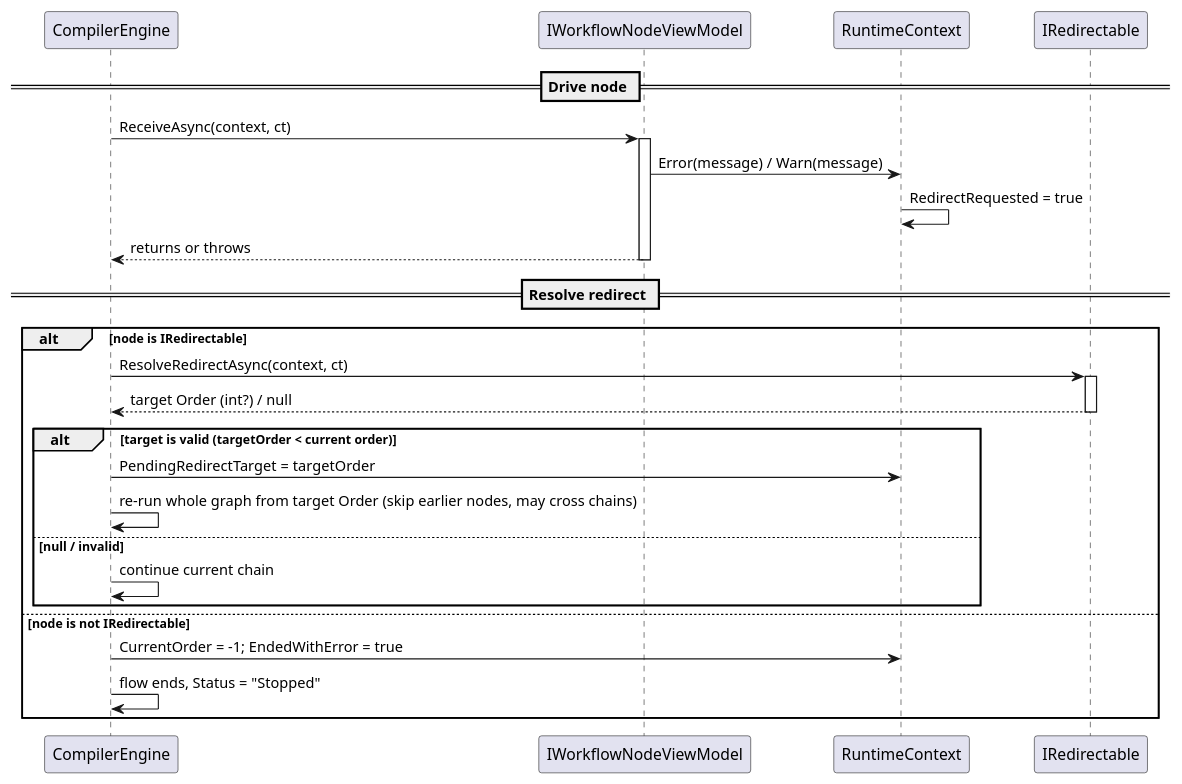
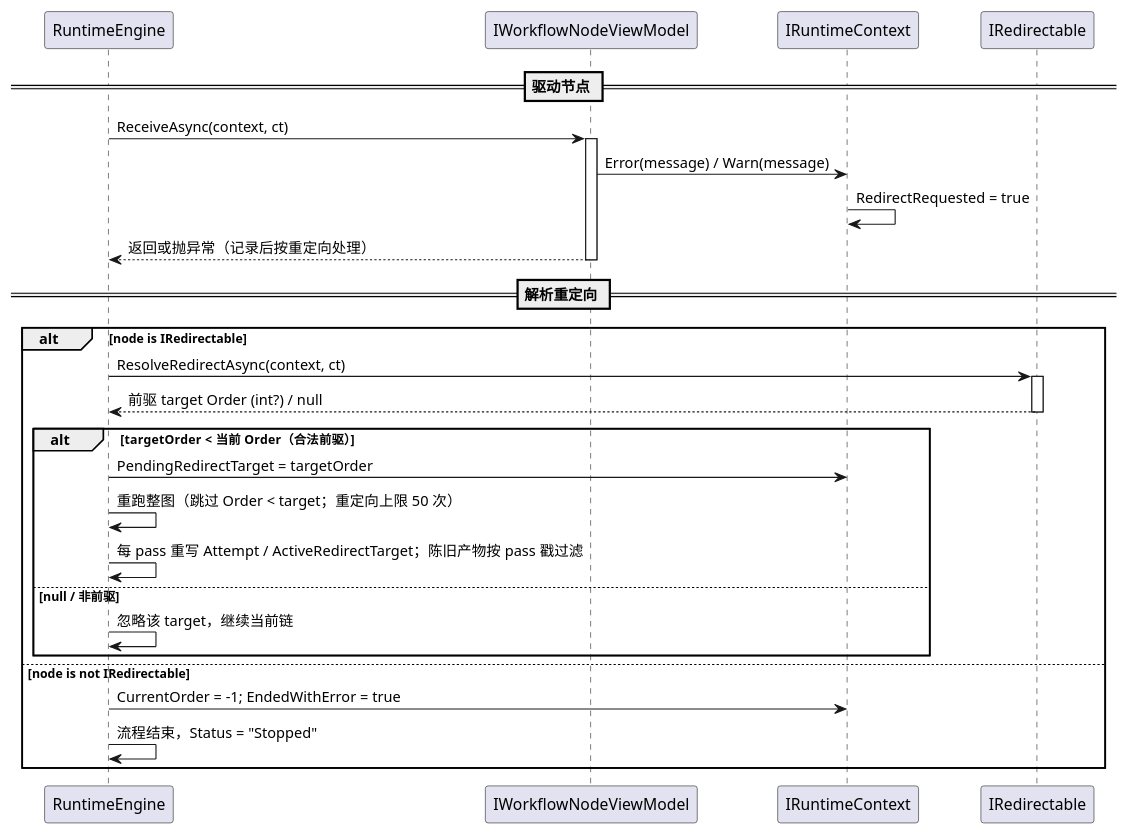
The sixth of 8 diagrams in src/CloudGlyph/Assets/Docs/content/zh/3_SE分析/03_数据流分析/00_工作流系统/index.md (Axvser/VeloxDev.Docs), drawn with PlantUML before and after one commit. The commit also changed other lines of this file and 443 other files, not shown here.

````diff
--- a/src/CloudGlyph/Assets/Docs/content/zh/3_SE分析/03_数据流分析/00_工作流系统/index.md
+++ b/src/CloudGlyph/Assets/Docs/content/zh/3_SE分析/03_数据流分析/00_工作流系统/index.md
@@ -177,33 +237,34 @@
 ```plantuml
 @startuml
-participant "CompilerEngine" as Engine
+participant "RuntimeEngine" as Engine
 participant "IWorkflowNodeViewModel" as Node
-participant "RuntimeContext" as Context
+participant "IRuntimeContext" as Ctx
 participant "IRedirectable" as Redirectable
 
-    == Drive node ==
+    == 驱动节点 ==
     Engine -> Node: ReceiveAsync(context, ct)
     activate Node
-    Node -> Context: Error(message) / Warn(message)
-    Context -> Context: RedirectRequested = true
-    Node --> Engine: returns or throws
+    Node -> Ctx: Error(message) / Warn(message)
+    Ctx -> Ctx: RedirectRequested = true
+    Node --> Engine: 返回或抛异常（记录后按重定向处理）
     deactivate Node
 
-    == Resolve redirect ==
+    == 解析重定向 ==
     alt node is IRedirectable
         Engine -> Redirectable: ResolveRedirectAsync(context, ct)
         activate Redirectable
-        Redirectable --> Engine: target Order (int?) / null
+        Redirectable --> Engine: 前驱 target Order (int?) / null
         deactivate Redirectable
-        alt target is valid (targetOrder < current order)
-            Engine -> Context: PendingRedirectTarget = targetOrder
-            Engine -> Engine: re-run whole graph from target Order (skip earlier nodes, may cross chains)
-        else null / invalid
-            Engine -> Engine: continue current chain
+        alt targetOrder < 当前 Order（合法前驱）
+            Engine -> Ctx: PendingRedirectTarget = targetOrder
+            Engine -> Engine: 重跑整图（跳过 Order < target；重定向上限 50 次）
+            Engine -> Engine: 每 pass 重写 Attempt / ActiveRedirectTarget；陈旧产物按 pass 戳过滤
+        else null / 非前驱
+            Engine -> Engine: 忽略该 target，继续当前链
         end
     else node is not IRedirectable
-        Engine -> Context: CurrentOrder = -1; EndedWithError = true
-        Engine -> Engine: flow ends, Status = "Stopped"
+        Engine -> Ctx: CurrentOrder = -1; EndedWithError = true
+        Engine -> Engine: 流程结束，Status = "Stopped"
     end
 @enduml
 ```
````
